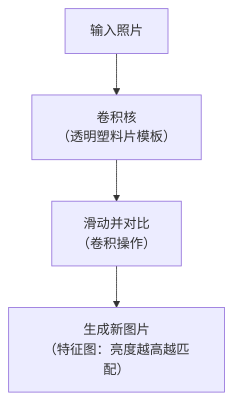
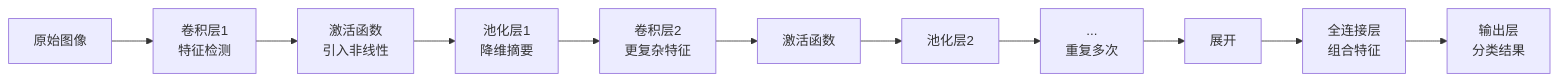
The fourth of 10 diagrams in docs/AI/2.深度学习/4.卷积神经网络/index.md (Kgumo/Note), drawn with Mermaid before and after one commit. The commit also changed other lines of this file and 60 other files, not shown here.

````diff
--- a/docs/AI/2.深度学习/4.卷积神经网络/index.md
+++ b/docs/AI/2.深度学习/4.卷积神经网络/index.md
@@ -195,6 +396,13 @@
 ```mermaid
-flowchart TD
-A[输入照片] --> B[卷积核<br>（透明塑料片模板）]
-B --> C[滑动并对比<br>（卷积操作）]
-C --> D[生成新图片<br>（特征图：亮度越高越匹配）]
+graph LR
+A[原始图像] --> B[卷积层1<br>特征检测]
+B --> C[激活函数<br>引入非线性]
+C --> D[池化层1<br>降维摘要]
+D --> E[卷积层2<br>更复杂特征]
+E --> F[激活函数]
+F --> G[池化层2]
+G --> H[...<br>重复多次]
+H --> I[展开]
+I --> J[全连接层<br>组合特征]
+J --> K[输出层<br>分类结果]
 ```
````
